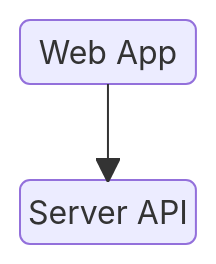
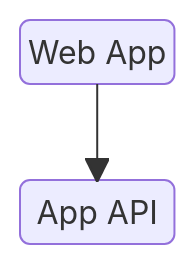
The first of 2 diagrams in docs/start/concepts/whatis.md (MagicIdentity/Developers), drawn with Mermaid before and after one commit. The commit also changed other lines of this file and 1 other file, not shown here.

````diff
--- a/docs/start/concepts/whatis.md
+++ b/docs/start/concepts/whatis.md
@@ -15,8 +16,8 @@
 ```mermaid
 block-beta
     columns 1
     a("Web App")
     space
-    b("Server API")
+    b("App API")
     a-->b
 ```
````
